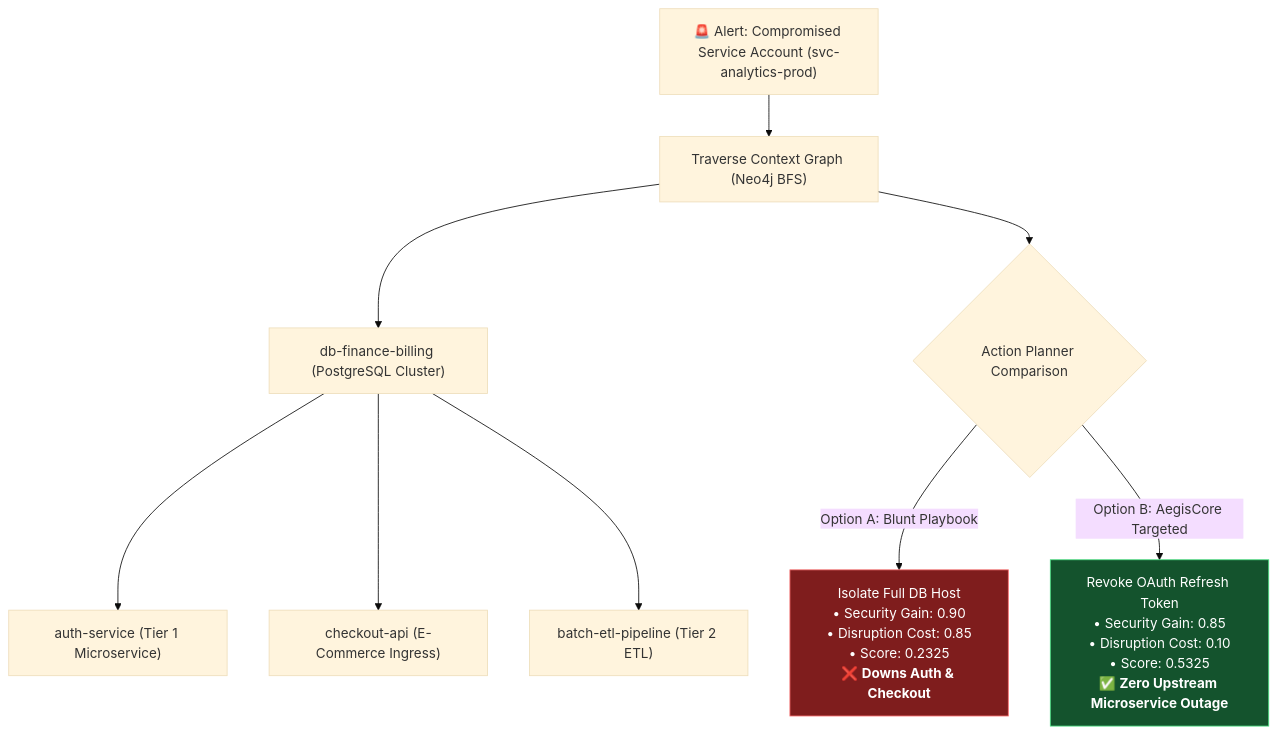
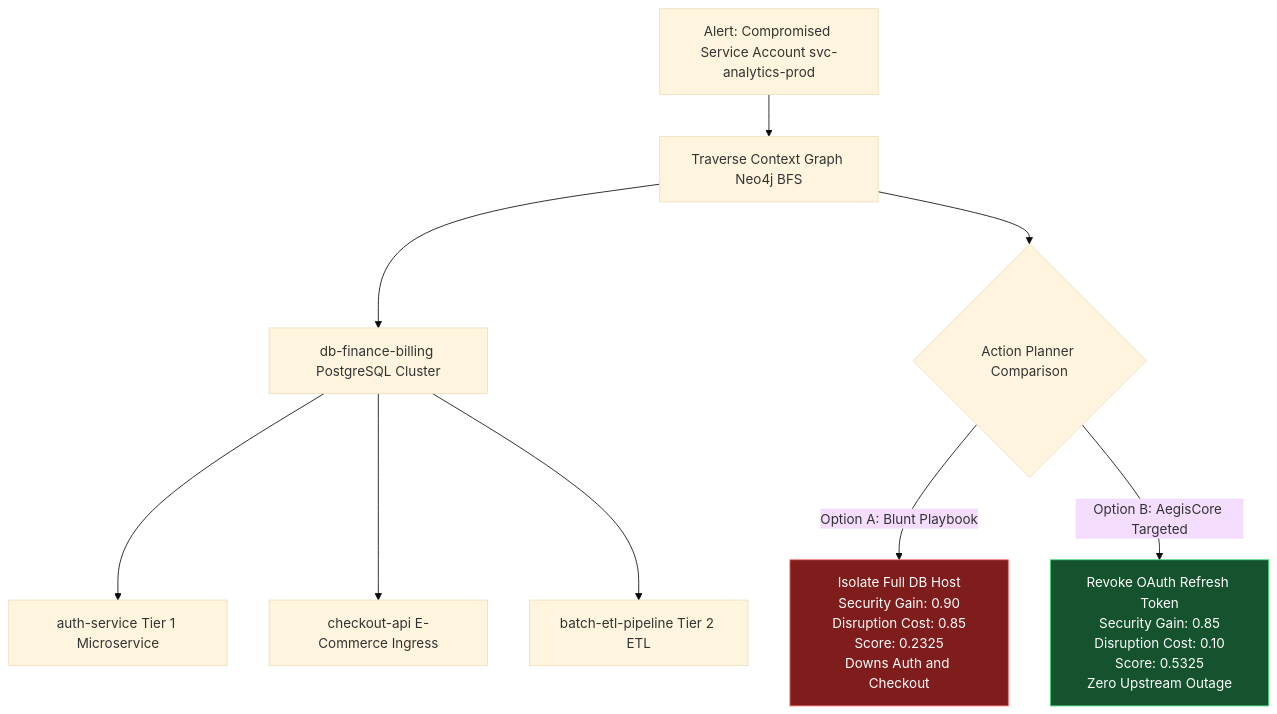
The second of 4 diagrams in README.md (sonakshiv559-spec/Aegis__Core_AI), drawn with Mermaid (base theme) before and after one commit. The commit also changed other lines of this file, not shown here.

Commit message:
fix(docs): resolve GitHub Mermaid sequenceDiagram parse syntax

````diff
--- a/README.md
+++ b/README.md
@@ -112,17 +112,17 @@
 ```mermaid
 graph TD
-    Attack["🚨 Alert: Compromised Service Account (svc-analytics-prod)"] --> Traverse["Traverse Context Graph (Neo4j BFS)"]
+    Attack["Alert: Compromised Service Account svc-analytics-prod"] --> Traverse["Traverse Context Graph Neo4j BFS"]
     
-    Traverse --> Node1["db-finance-billing (PostgreSQL Cluster)"]
-    Node1 --> Dep1["auth-service (Tier 1 Microservice)"]
-    Node1 --> Dep2["checkout-api (E-Commerce Ingress)"]
-    Node1 --> Dep3["batch-etl-pipeline (Tier 2 ETL)"]
+    Traverse --> Node1["db-finance-billing PostgreSQL Cluster"]
+    Node1 --> Dep1["auth-service Tier 1 Microservice"]
+    Node1 --> Dep2["checkout-api E-Commerce Ingress"]
+    Node1 --> Dep3["batch-etl-pipeline Tier 2 ETL"]
 
     Traverse --> Eval{"Action Planner Comparison"}
     
-    Eval -->|Option A: Blunt Playbook| Blunt["Isolate Full DB Host<br/>• Security Gain: 0.90<br/>• Disruption Cost: 0.85<br/>• Score: 0.2325<br/>❌ <b>Downs Auth & Checkout</b>"]
-    Eval -->|Option B: AegisCore Targeted| Targeted["Revoke OAuth Refresh Token<br/>• Security Gain: 0.85<br/>• Disruption Cost: 0.10<br/>• Score: 0.5325<br/>✅ <b>Zero Upstream Microservice Outage</b>"]
+    Eval -->|Option A: Blunt Playbook| Blunt["Isolate Full DB Host<br/>Security Gain: 0.90<br/>Disruption Cost: 0.85<br/>Score: 0.2325<br/>Downs Auth and Checkout"]
+    Eval -->|Option B: AegisCore Targeted| Targeted["Revoke OAuth Refresh Token<br/>Security Gain: 0.85<br/>Disruption Cost: 0.10<br/>Score: 0.5325<br/>Zero Upstream Outage"]
     
     style Blunt fill:#7f1d1d,stroke:#f87171,color:#fff
     style Targeted fill:#14532d,stroke:#4ade80,color:#fff
 ```
````
